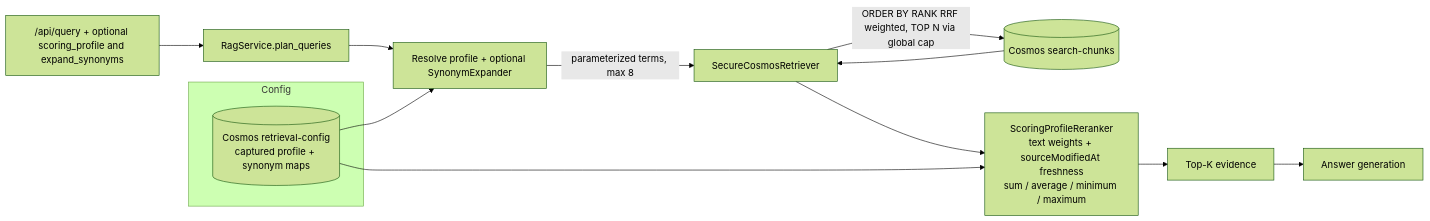
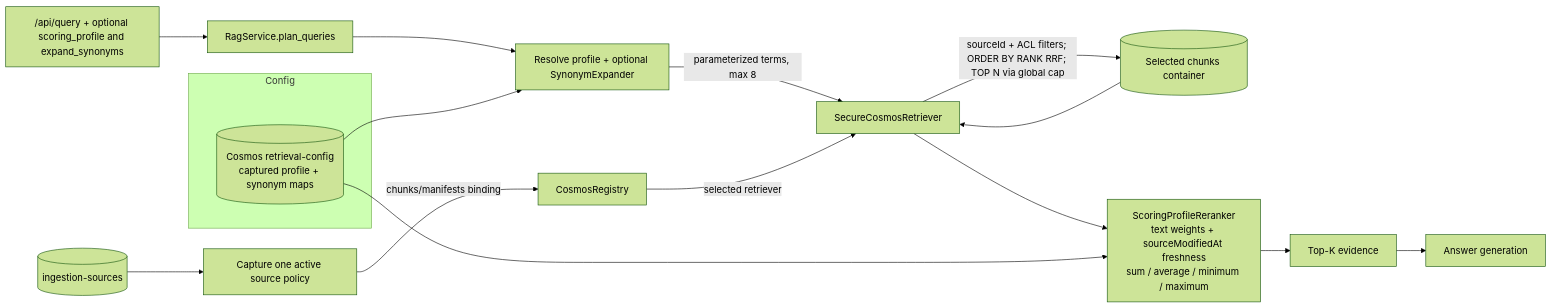
One commit to HariVamsiChittari1/enterprise-rag-pipeline changed diagram 12 of 14 in docs/ARCHITECTURE.md. Above: the diagram before and after it, drawn with Mermaid (forest theme). The commit also changed other lines of this file and 129 other files, not shown here.

````diff
--- a/docs/ARCHITECTURE.md
+++ b/docs/ARCHITECTURE.md
@@ -622,16 +925,19 @@
 ```mermaid
 flowchart LR
     Q["/api/query + optional scoring_profile and expand_synonyms"] --> RS[RagService.plan_queries]
+    SP[(ingestion-sources)] --> ELIG[Capture one active source policy]
     RS --> SYN[Resolve profile + optional SynonymExpander]
     SYN -->|parameterized terms, max 8| RET[SecureCosmosRetriever]
-    RET -->|"ORDER BY RANK RRF weighted, TOP N via global cap"| COS[(Cosmos search-chunks)]
+    ELIG -->|chunks/manifests binding| PAIR[CosmosRegistry]
+    PAIR -->|selected retriever| RET
+    RET -->|"sourceId + ACL filters; ORDER BY RANK RRF; TOP N via global cap"| COS[(Selected chunks container)]
     COS --> RET
     RET --> RR[ScoringProfileReranker<br/>text weights + sourceModifiedAt freshness<br/>sum / average / minimum / maximum]
     RR --> POST[Top-K evidence]
     POST --> GEN[Answer generation]
     subgraph Config
         CP[(Cosmos retrieval-config<br/>captured profile + synonym maps)]
     end
     CP --> SYN
     CP --> RR
 ```
````
